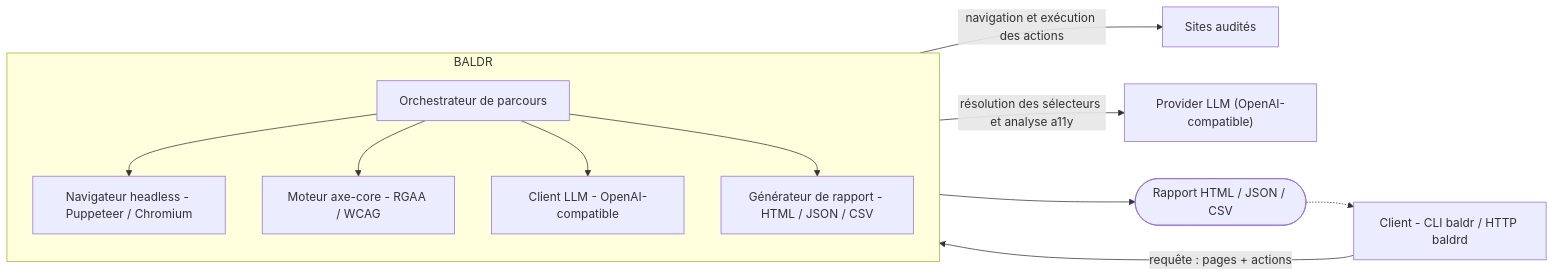
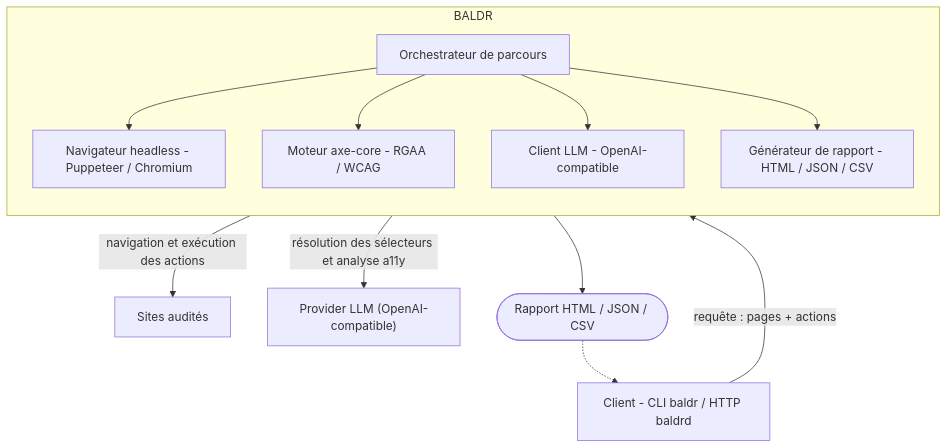
Before and after one commit to malakoffhumanis/baldr-accessibility-scan: the first of 2 diagrams in README.md, drawn with Mermaid.

````diff
--- a/README.md
+++ b/README.md
@@ -172,27 +172,27 @@
 ```mermaid
-flowchart LR
+flowchart TB
     Client["Client - CLI baldr / HTTP baldrd"]
 
     subgraph BALDR
         direction TB
         Orch["Orchestrateur de parcours"]
         Browser["Navigateur headless - Puppeteer / Chromium"]
         Axe["Moteur axe-core - RGAA / WCAG"]
         LLMClient["Client LLM - OpenAI-compatible"]
         Report["Générateur de rapport - HTML / JSON / CSV"]
     end
 
     Sites["Sites audités"]
     LLM["Provider LLM (OpenAI-compatible)"]
     Out(["Rapport HTML / JSON / CSV"])
 
     Client -->|"requête : pages + actions"| Orch
     Orch --> Browser
     Orch --> Axe
     Orch --> LLMClient
     Orch --> Report
     Browser -->|"navigation et exécution des actions"| Sites
     LLMClient -->|"résolution des sélecteurs et analyse a11y"| LLM
     Report --> Out
     Out -.-> Client
 ```
````
